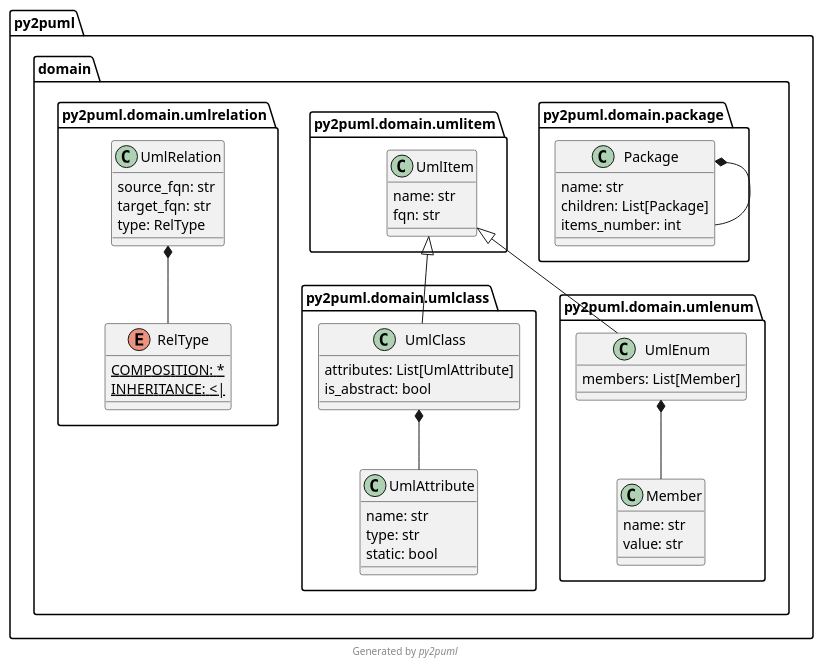
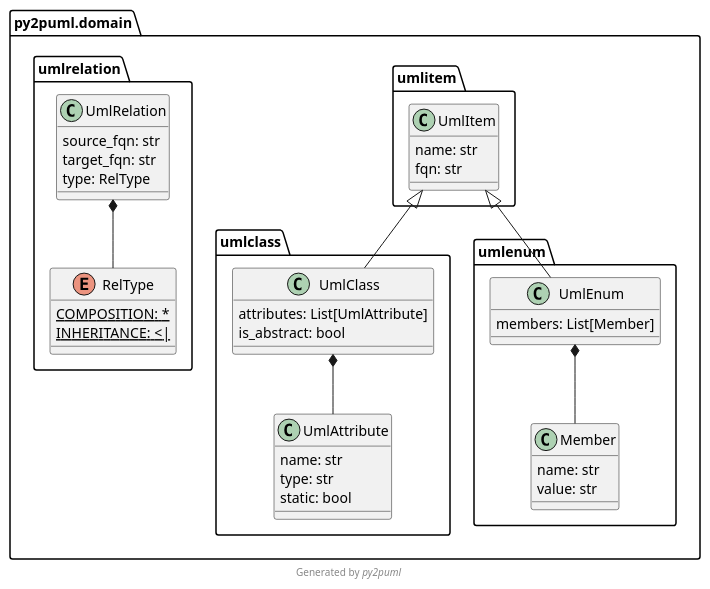
One commit to lucsorel/py2puml changed the diagram in README.md. Above: the diagram before and after it, drawn with PlantUML. The commit also changed other lines of this file and 14 other files, not shown here.

Commit message:
refactor(puml): remove nesting and grouping of namespaces, use "!pragma useIntermediatePackages false" instead (#64)

````diff
--- a/README.md
+++ b/README.md
@@ -95,52 +95,41 @@
 ```plantuml
 @startuml py2puml.domain
-namespace py2puml.domain {
-  namespace package {}
-  namespace umlclass {}
-  namespace umlitem {}
-  namespace umlenum {}
-  namespace umlrelation {}
-}
-class py2puml.domain.package.Package {
-  name: str
-  children: List[Package]
-  items_number: int
-}
+!pragma useIntermediatePackages false
+
 class py2puml.domain.umlclass.UmlAttribute {
   name: str
   type: str
   static: bool
 }
 class py2puml.domain.umlclass.UmlClass {
   attributes: List[UmlAttribute]
   is_abstract: bool
 }
 class py2puml.domain.umlitem.UmlItem {
   name: str
   fqn: str
 }
 class py2puml.domain.umlenum.Member {
   name: str
   value: str
 }
 class py2puml.domain.umlenum.UmlEnum {
   members: List[Member]
 }
 enum py2puml.domain.umlrelation.RelType {
   COMPOSITION: * {static}
   INHERITANCE: <| {static}
 }
 class py2puml.domain.umlrelation.UmlRelation {
   source_fqn: str
   target_fqn: str
   type: RelType
 }
-py2puml.domain.package.Package *-- py2puml.domain.package.Package
 py2puml.domain.umlclass.UmlClass *-- py2puml.domain.umlclass.UmlAttribute
 py2puml.domain.umlitem.UmlItem <|-- py2puml.domain.umlclass.UmlClass
 py2puml.domain.umlenum.UmlEnum *-- py2puml.domain.umlenum.Member
 py2puml.domain.umlitem.UmlItem <|-- py2puml.domain.umlenum.UmlEnum
 py2puml.domain.umlrelation.UmlRelation *-- py2puml.domain.umlrelation.RelType
 footer Generated by //py2puml//
 @enduml
 ```
````
